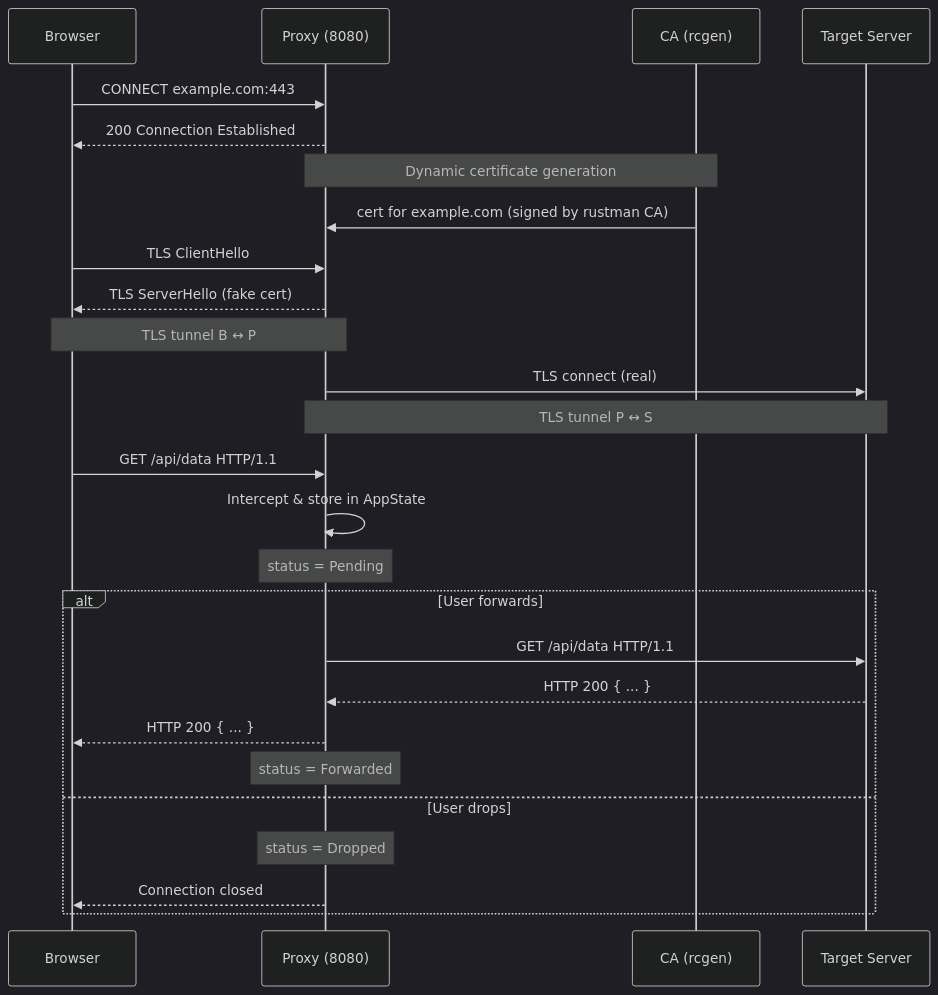
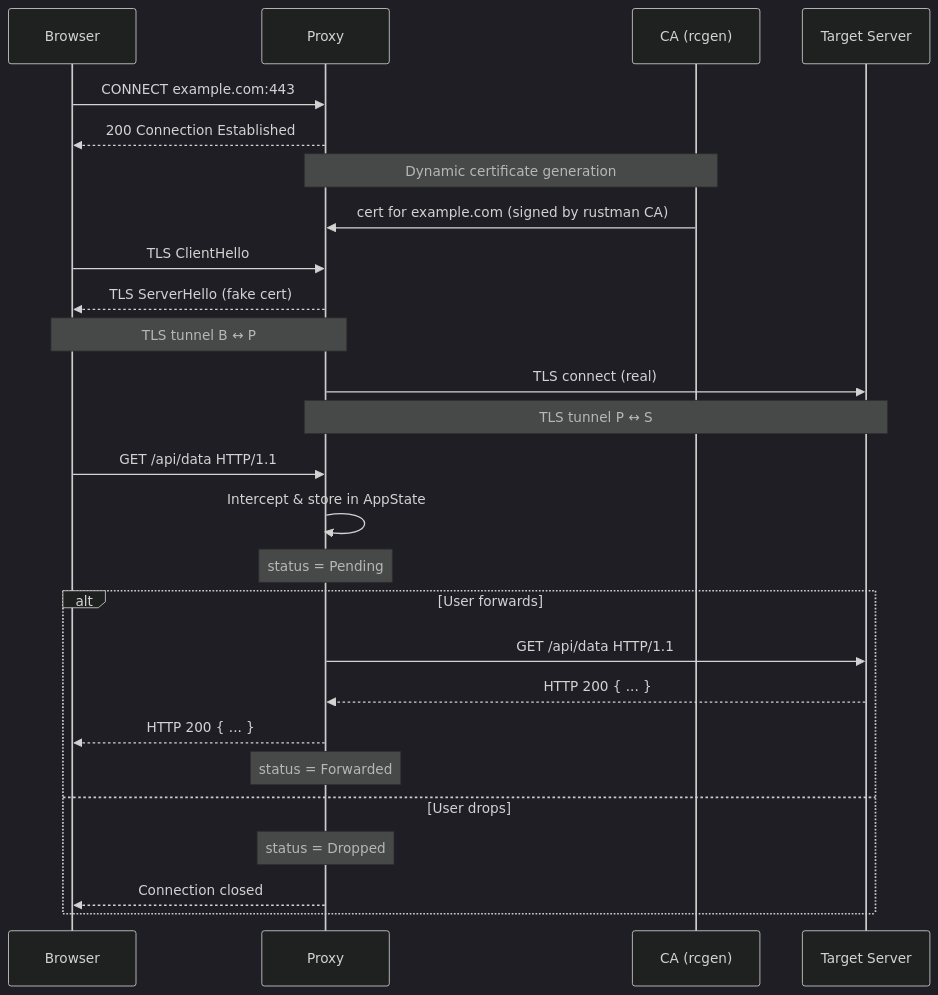
The second of 7 diagrams in README.md (Xor290/rustman), drawn with Mermaid (dark theme) before and after one commit. The commit also changed other lines of this file, not shown here.

````diff
--- a/README.md
+++ b/README.md
@@ -62,34 +66,34 @@
 ```mermaid
 sequenceDiagram
     participant B as Browser
-    participant P as Proxy (8080)
+    participant P as Proxy
     participant CA as CA (rcgen)
     participant S as Target Server
 
     B->>P: CONNECT example.com:443
     P-->>B: 200 Connection Established
 
     Note over P,CA: Dynamic certificate generation
     CA->>P: cert for example.com (signed by rustman CA)
 
     B->>P: TLS ClientHello
     P-->>B: TLS ServerHello (fake cert)
     Note over B,P: TLS tunnel B ↔ P
 
     P->>S: TLS connect (real)
     Note over P,S: TLS tunnel P ↔ S
 
     B->>P: GET /api/data HTTP/1.1
     P->>P: Intercept & store in AppState
     Note over P: status = Pending
 
     alt User forwards
         P->>S: GET /api/data HTTP/1.1
         S-->>P: HTTP 200 { ... }
         P-->>B: HTTP 200 { ... }
         Note over P: status = Forwarded
     else User drops
         Note over P: status = Dropped
         P-->>B: Connection closed
     end
 ```
````
